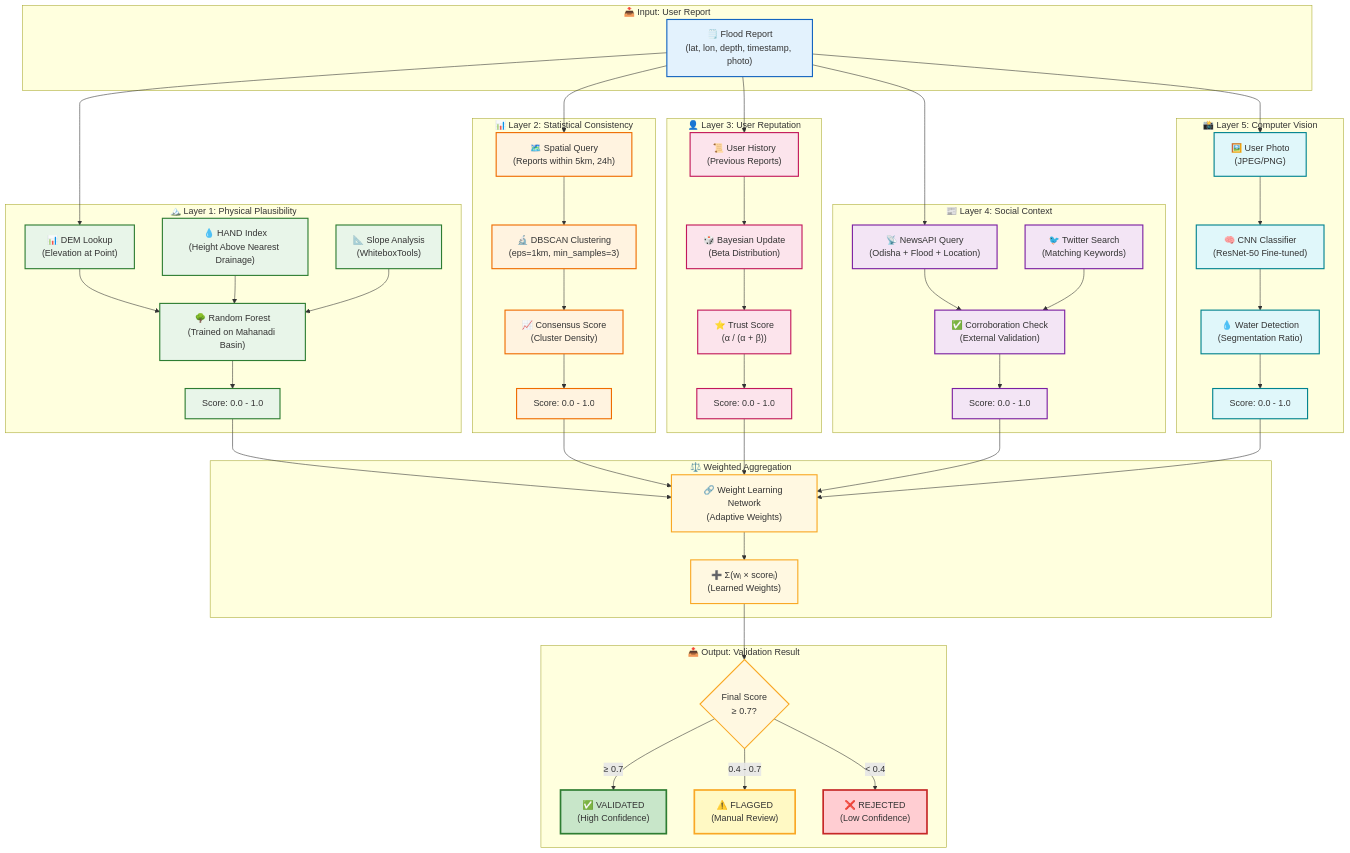
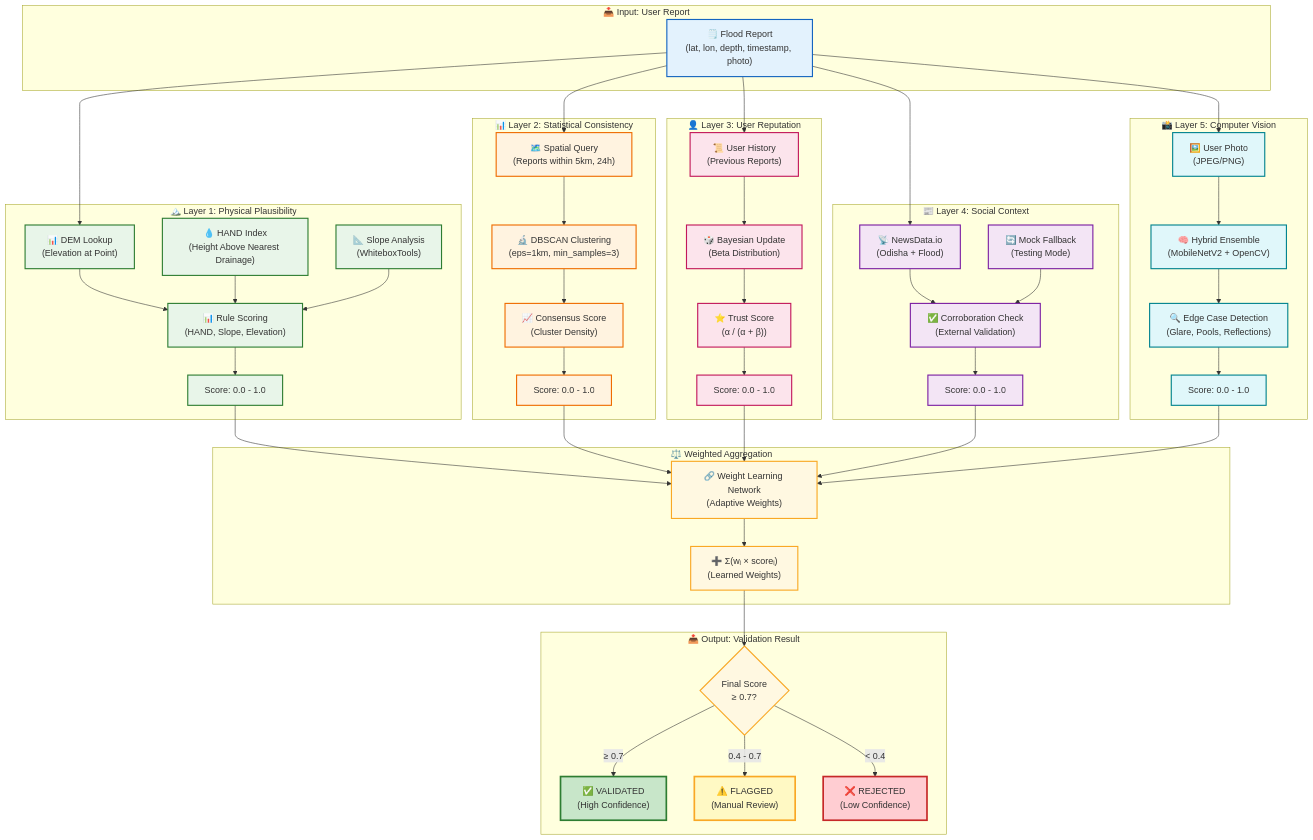
The diagram in results/figures/diagrams/03_validation_algorithm.md (ui07xWizardOp/odisha-flood-validation-system), drawn with Mermaid before and after one commit. The commit also changed 17 other files, not shown here.

```diff
--- a/results/figures/diagrams/03_validation_algorithm.md
+++ b/results/figures/diagrams/03_validation_algorithm.md
@@ -14,13 +14,13 @@
         DEM_CHECK["📊 DEM Lookup<br/>(Elevation at Point)"]
         HAND_CHECK["💧 HAND Index<br/>(Height Above Nearest Drainage)"]
         SLOPE_CHECK["📐 Slope Analysis<br/>(WhiteboxTools)"]
-        RF_MODEL["🌳 Random Forest<br/>(Trained on Mahanadi Basin)"]
+        RULE_MODEL["📊 Rule Scoring<br/>(HAND, Slope, Elevation)"]
         
-        DEM_CHECK --> RF_MODEL
-        HAND_CHECK --> RF_MODEL
-        SLOPE_CHECK --> RF_MODEL
+        DEM_CHECK --> RULE_MODEL
+        HAND_CHECK --> RULE_MODEL
+        SLOPE_CHECK --> RULE_MODEL
         
-        RF_MODEL --> L1_SCORE["Score: 0.0 - 1.0"]
+        RULE_MODEL --> L1_SCORE["Score: 0.0 - 1.0"]
     end
 
     subgraph Layer2["📊 Layer 2: Statistical Consistency"]
@@ -44,23 +44,23 @@
     end
 
     subgraph Layer4["📰 Layer 4: Social Context"]
-        NEWS_API["📡 NewsAPI Query<br/>(Odisha + Flood + Location)"]
-        TWEET_SEARCH["🐦 Twitter Search<br/>(Matching Keywords)"]
+        NEWS_API["📡 NewsData.io<br/>(Odisha + Flood)"]
+        MOCK_FB["🔄 Mock Fallback<br/>(Testing Mode)"]
         CORROBORATION["✅ Corroboration Check<br/>(External Validation)"]
         
         NEWS_API --> CORROBORATION
-        TWEET_SEARCH --> CORROBORATION
+        MOCK_FB --> CORROBORATION
         CORROBORATION --> L4_SCORE["Score: 0.0 - 1.0"]
     end
 
     subgraph Layer5["📸 Layer 5: Computer Vision"]
         IMG_INPUT["🖼️ User Photo<br/>(JPEG/PNG)"]
-        CNN_MODEL["🧠 CNN Classifier<br/>(ResNet-50 Fine-tuned)"]
-        WATER_DETECT["💧 Water Detection<br/>(Segmentation Ratio)"]
+        HYBRID_MODEL["🧠 Hybrid Ensemble<br/>(MobileNetV2 + OpenCV)"]
+        EDGE_CASES["🔍 Edge Case Detection<br/>(Glare, Pools, Reflections)"]
         
-        IMG_INPUT --> CNN_MODEL
-        CNN_MODEL --> WATER_DETECT
-        WATER_DETECT --> L5_SCORE["Score: 0.0 - 1.0"]
+        IMG_INPUT --> HYBRID_MODEL
+        HYBRID_MODEL --> EDGE_CASES
+        EDGE_CASES --> L5_SCORE["Score: 0.0 - 1.0"]
     end
 
     subgraph Aggregation["⚖️ Weighted Aggregation"]
@@ -108,11 +108,11 @@
     classDef outputBad fill:#ffcdd2,stroke:#c62828,stroke-width:3px
 
     class REPORT inputNode
-    class DEM_CHECK,HAND_CHECK,SLOPE_CHECK,RF_MODEL,L1_SCORE layer1
+    class DEM_CHECK,HAND_CHECK,SLOPE_CHECK,RULE_MODEL,L1_SCORE layer1
     class SPATIAL,DBSCAN_ALGO,CONSENSUS,L2_SCORE layer2
     class USER_HIST,BAYESIAN,TRUST,L3_SCORE layer3
-    class NEWS_API,TWEET_SEARCH,CORROBORATION,L4_SCORE layer4
-    class IMG_INPUT,CNN_MODEL,WATER_DETECT,L5_SCORE layer5
+    class NEWS_API,MOCK_FB,CORROBORATION,L4_SCORE layer4
+    class IMG_INPUT,HYBRID_MODEL,EDGE_CASES,L5_SCORE layer5
     class WEIGHT_NET,FINAL_CALC,THRESHOLD aggregateNode
     class VALIDATED outputGood
     class FLAGGED outputWarn
```
